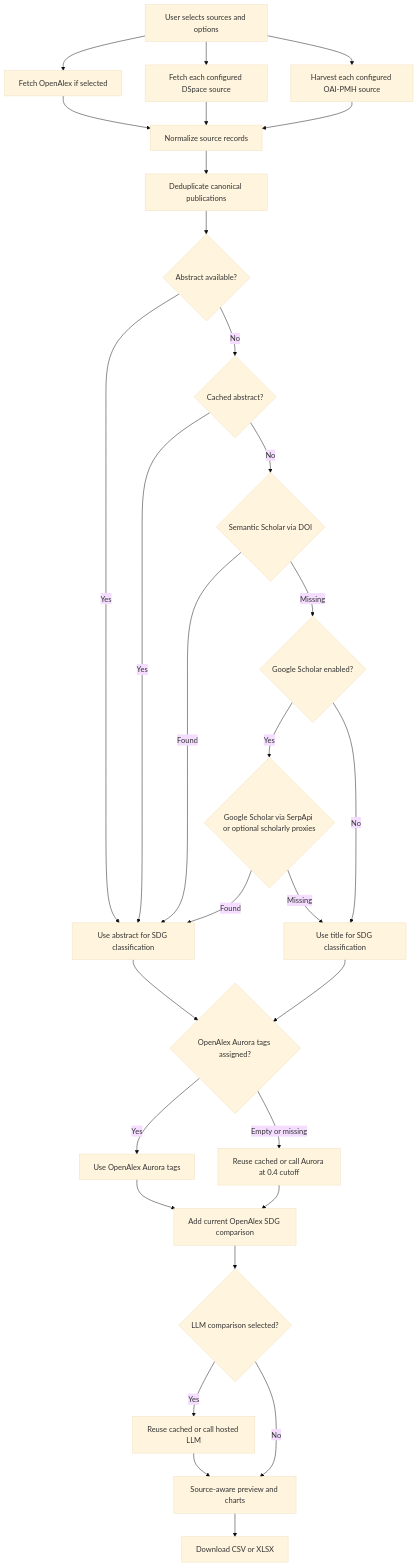
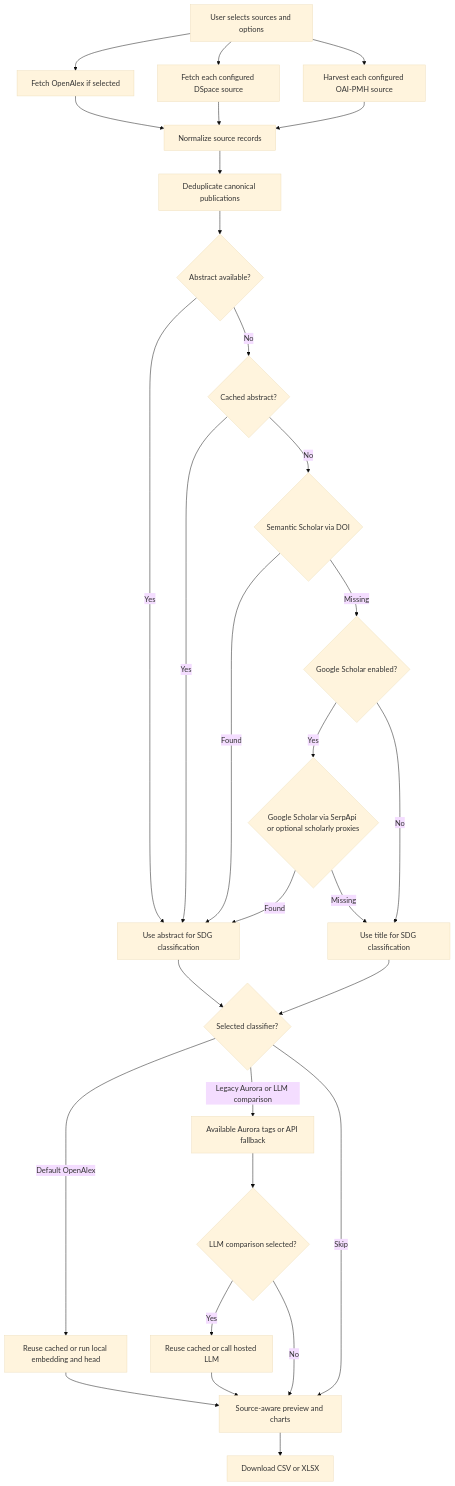
Before and after one commit to jmiba/Aurora-SDG-Publication-Classifier: the diagram in README.md, drawn with Mermaid (base theme). The commit also changed other lines of this file and 18 other files, not shown here.

First line of the commit message:
Add optional local OpenAlex SDG comparison functionality

````diff
--- a/README.md
+++ b/README.md
@@ -40,32 +40,32 @@
 ```mermaid
 graph TD
     A["User selects sources and options"] --> B1["Fetch OpenAlex if selected"]
     A --> B2["Fetch each configured DSpace source"]
     A --> B4["Harvest each configured OAI-PMH source"]
     B1 --> B["Normalize source records"]
     B2 --> B
     B4 --> B
     B --> B3["Deduplicate canonical publications"]
     B3 --> C{"Abstract available?"}
     C -->|Yes| D["Use abstract for SDG classification"]
     C -->|No| E{"Cached abstract?"}
     E -->|Yes| D
     E -->|No| F{"Semantic Scholar via DOI"}
     F -->|Found| D
     F -->|Missing| G{"Google Scholar enabled?"}
     G -->|Yes| I{"Google Scholar via SerpApi or optional scholarly proxies"}
     G -->|No| H
     I -->|Found| D
     I -->|Missing| H["Use title for SDG classification"]
-    D --> J{"OpenAlex Aurora tags assigned?"}
+    D --> J{"Selected classifier?"}
     H --> J
-    J -->|Yes| K["Use OpenAlex Aurora tags"]
-    J -->|Empty or missing| L["Reuse cached or call Aurora at 0.4 cutoff"]
-    K --> M["Add current OpenAlex SDG comparison"]
-    L --> M
-    M --> P{"LLM comparison selected?"}
+    J -->|Default OpenAlex| R["Reuse cached or run local embedding and head"]
+    J -->|Legacy Aurora or LLM comparison| L["Available Aurora tags or API fallback"]
+    J -->|Skip| N["Source-aware preview and charts"]
+    L --> P{"LLM comparison selected?"}
     P -->|Yes| Q["Reuse cached or call hosted LLM"]
-    P -->|No| N["Source-aware preview and charts"]
+    P -->|No| N
     Q --> N
+    R --> N
     N --> O["Download CSV or XLSX"]
 ```
````
